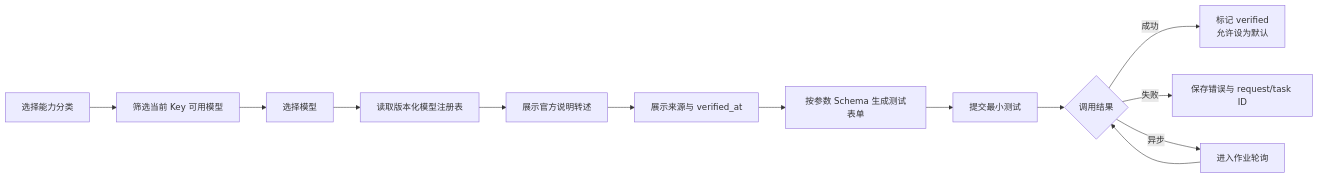
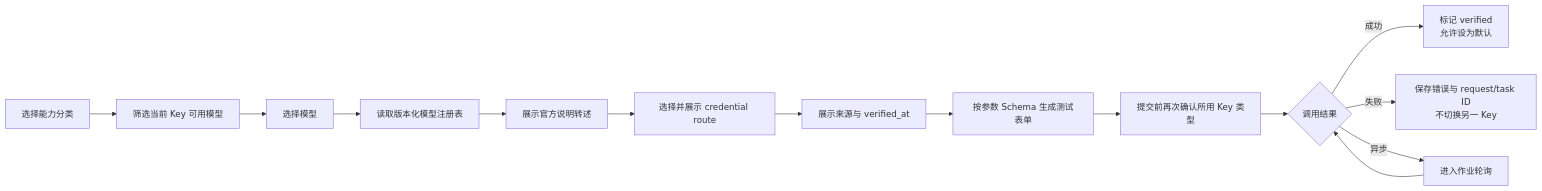
The second of 5 diagrams in docs/user-flows.zh-CN.md (coconilu/token-plan-media-hub), drawn with Mermaid before and after one commit. The commit also changed other lines of this file and 9 other files, not shown here.

Commit message:
Add explicit dual-key credential routing

````diff
--- a/docs/user-flows.zh-CN.md
+++ b/docs/user-flows.zh-CN.md
@@ -26,15 +27,16 @@
 ```mermaid
 flowchart LR
     A["选择能力分类"] --> B["筛选当前 Key 可用模型"]
     B --> C["选择模型"]
     C --> D["读取版本化模型注册表"]
     D --> E["展示官方说明转述"]
-    E --> F["展示来源与 verified_at"]
-    F --> G["按参数 Schema 生成测试表单"]
-    G --> H["提交最小测试"]
-    H --> I{"调用结果"}
-    I -- 成功 --> J["标记 verified<br/>允许设为默认"]
-    I -- 失败 --> K["保存错误与 request/task ID"]
-    I -- 异步 --> L["进入作业轮询"]
-    L --> I
+    E --> F["选择并展示 credential route"]
+    F --> G["展示来源与 verified_at"]
+    G --> H["按参数 Schema 生成测试表单"]
+    H --> I["提交前再次确认所用 Key 类型"]
+    I --> J{"调用结果"}
+    J -- 成功 --> K["标记 verified<br/>允许设为默认"]
+    J -- 失败 --> L["保存错误与 request/task ID<br/>不切换另一 Key"]
+    J -- 异步 --> M["进入作业轮询"]
+    M --> J
 ```
````
